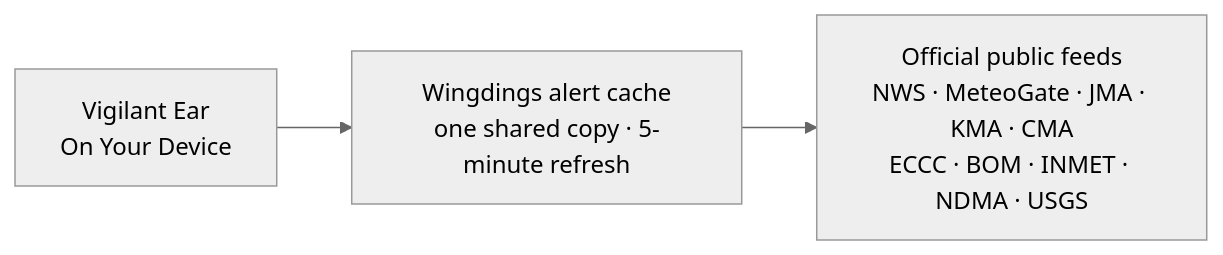
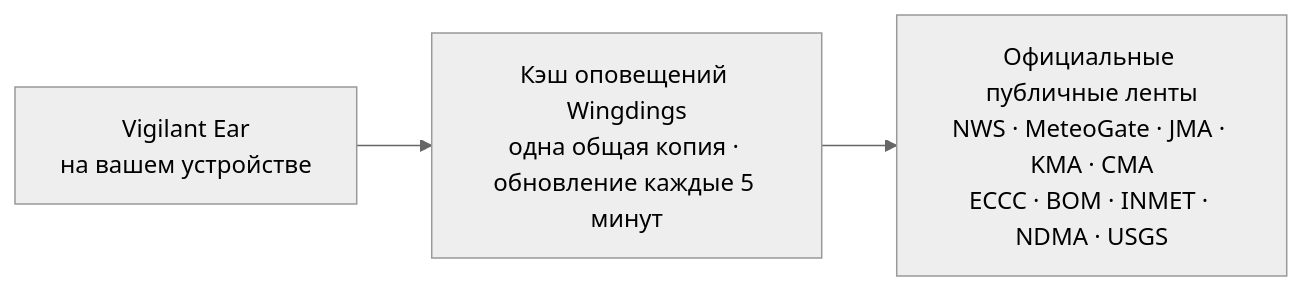
One commit to rpalm01-star/VigilantEarLegal changed the fourth of 4 diagrams in README_ru.md. Above: the diagram before and after it, drawn with Mermaid (neutral theme). The commit also changed other lines of this file and 29 other files, not shown here.

````diff
--- a/README_ru.md
+++ b/README_ru.md
@@ -162,5 +171,5 @@
 ```mermaid
 graph LR
-    P1["Vigilant Ear<br/>On Your Device"] --> W["Wingdings alert cache<br/>one shared copy · 5-minute refresh"]
-    W --> N["Official public feeds<br/>NWS · MeteoGate · JMA · KMA · CMA<br/>ECCC · BOM · INMET · NDMA · USGS"]
+    P1["Vigilant Ear<br/>на вашем устройстве"] --> W["Кэш оповещений Wingdings<br/>одна общая копия · обновление каждые 5 минут"]
+    W --> N["Официальные публичные ленты<br/>NWS · MeteoGate · JMA · KMA · CMA<br/>ECCC · BOM · INMET · NDMA · USGS"]
 ```
````
